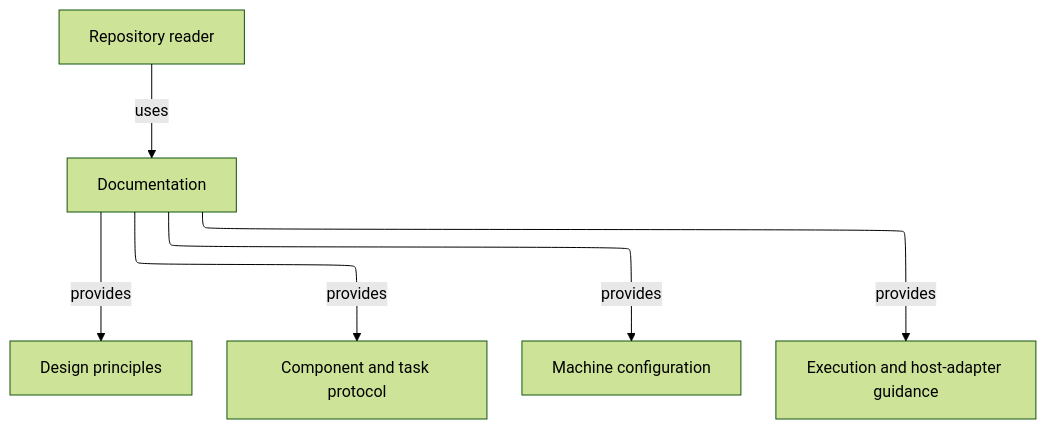
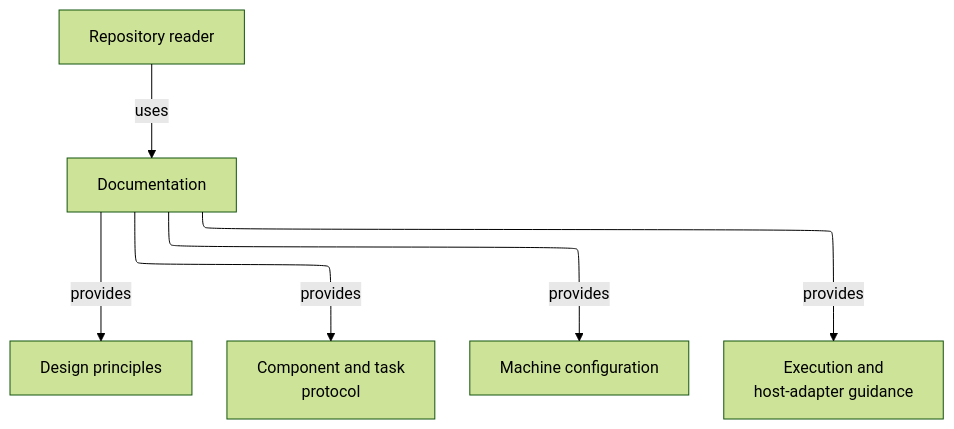
Before and after one commit to abstract-business-systems/as-is: the diagram in docs/as-is.md, drawn with Mermaid (forest theme). The commit also changed 47 other files, not shown here.

Commit message:
docs(diagrams): improve Mermaid readability validation

````diff
--- a/docs/as-is.md
+++ b/docs/as-is.md
@@ -16,12 +16,12 @@
 ```mermaid
 ---
 config:
   layout: elk
 ---
 flowchart TB
     Reader["Repository reader"] -->|uses| Documentation["Documentation"]
     Documentation -->|provides| Principles["Design principles"]
-    Documentation -->|provides| Protocol["Component and task protocol"]
+    Documentation -->|provides| Protocol["Component and task<br/>protocol"]
     Documentation -->|provides| Configuration["Machine configuration"]
-    Documentation -->|provides| Execution["Execution and host-adapter guidance"]
+    Documentation -->|provides| Execution["Execution and<br/>host-adapter guidance"]
 ```
````
